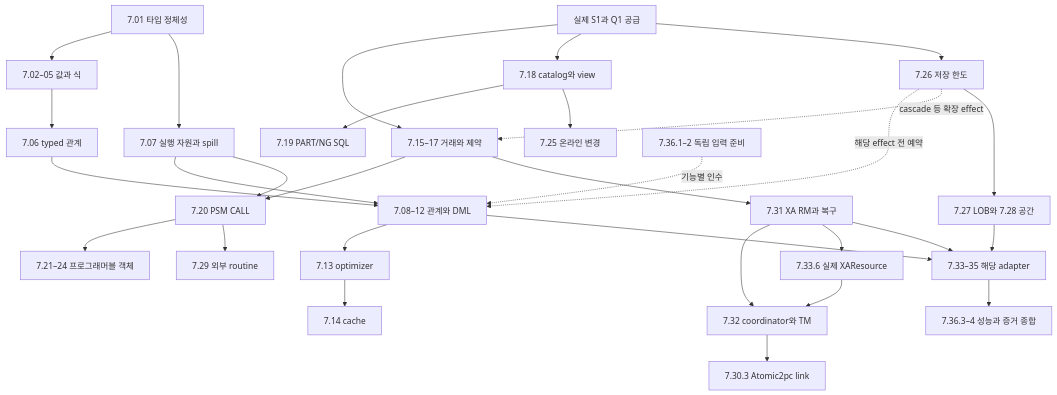
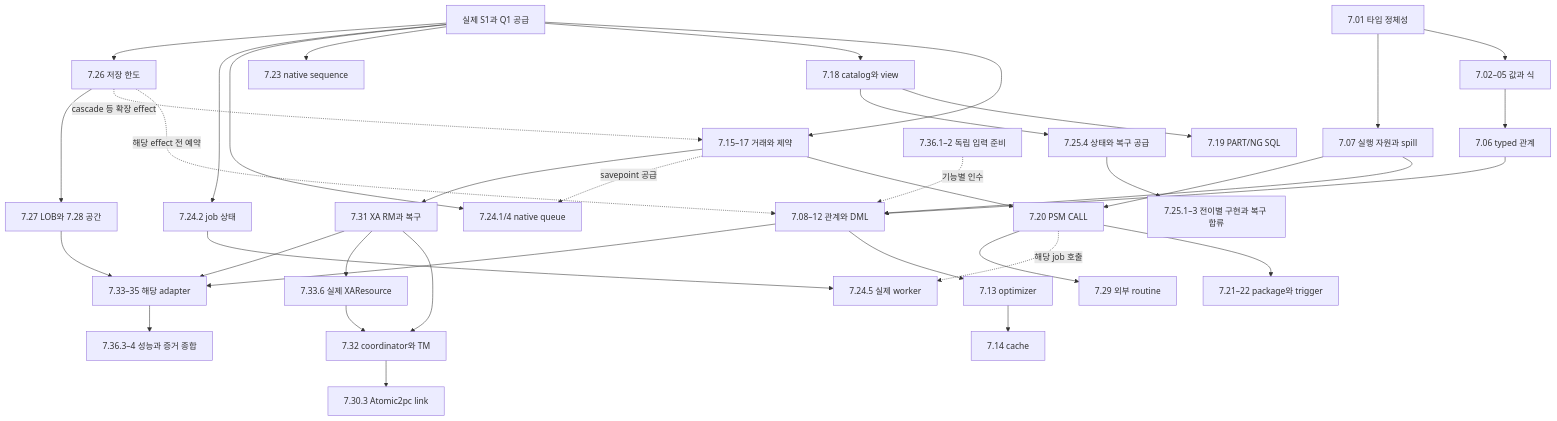
Before and after one commit to et16kr/xadb: the diagram in devdoc/plans/dev7-work-breakdown.md, drawn with Mermaid. The commit also changed other lines of this file and 6 other files, not shown here.

````diff
--- a/devdoc/plans/dev7-work-breakdown.md
+++ b/devdoc/plans/dev7-work-breakdown.md
@@ -208,32 +227,39 @@
 ```mermaid
 flowchart TD
   V[7.01 타입 정체성] --> S[7.02–05 값과 식]
   S --> B[7.06 typed 관계]
   V --> R[7.07 실행 자원과 spill]
   B --> Q[7.08–12 관계와 DML]
   R --> Q
   Q --> O[7.13 optimizer]
   O --> C[7.14 cache]
   K[실제 S1과 Q1 공급] --> T[7.15–17 거래와 제약]
   K --> D[7.18 catalog와 view]
   D --> P[7.19 PART/NG SQL]
   T --> CALL[7.20 PSM CALL]
   R --> CALL
-  CALL --> OBJ[7.21–24 프로그래머블 객체]
-  D --> ONLINE[7.25 온라인 변경]
+  CALL --> OBJ[7.21–22 package와 trigger]
+  K --> SEQ[7.23 native sequence]
+  K --> QUEUE[7.24.1/4 native queue]
+  T -. savepoint 공급 .-> QUEUE
+  K --> JOB[7.24.2 job 상태]
+  JOB --> WORKER[7.24.5 실제 worker]
+  CALL -. 해당 job 호출 .-> WORKER
+  D --> LIFE[7.25.4 상태와 복구 공급]
+  LIFE --> ONLINE[7.25.1–3 전이별 구현과 복구 합류]
   K --> L[7.26 저장 한도]
   L -. 해당 effect 전 예약 .-> Q
   L -. cascade 등 확장 effect .-> T
   L --> LS[7.27 LOB와 7.28 공간]
   T --> RM[7.31 XA RM과 복구]
   RM --> TM[7.32 coordinator와 TM]
   RM --> XA[7.33.6 실제 XAResource]
   XA --> TM
   TM --> LINK[7.30.3 Atomic2pc link]
   CALL --> EXT[7.29 외부 routine]
   Q --> CLI[7.33–35 해당 adapter]
   LS --> CLI
   RM --> CLI
   EV[7.36.1–2 독립 입력 준비] -. 기능별 인수 .-> Q
   CLI --> DONE[7.36.3–4 성능과 증거 종합]
 ```
````
